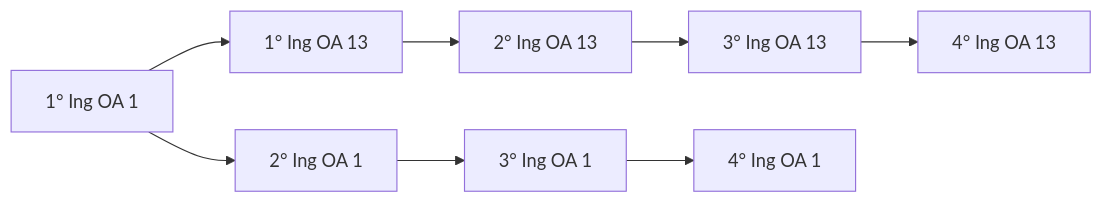
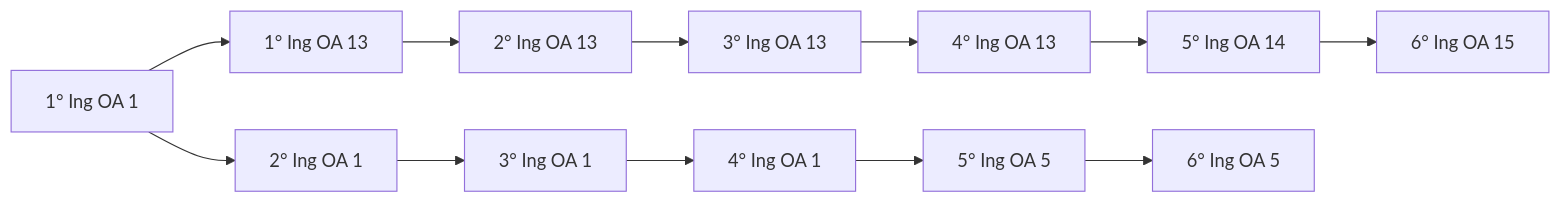
Before and after one commit to seanduarteu-cyber/PRODUCCION-PLAYMAKER: the fourth of 4 diagrams in expedicion-saber/docs/progresion.md, drawn with Mermaid. The commit also changed other lines of this file and 11 other files, not shown here.

````diff
--- a/expedicion-saber/docs/progresion.md
+++ b/expedicion-saber/docs/progresion.md
@@ -86,10 +96,14 @@
 ```mermaid
 flowchart LR
   1_basico_ingles_OA1["1° Ing OA 1"] --> 1_basico_ingles_OA13["1° Ing OA 13"]
   1_basico_ingles_OA1["1° Ing OA 1"] --> 2_basico_ingles_OA1["2° Ing OA 1"]
   1_basico_ingles_OA13["1° Ing OA 13"] --> 2_basico_ingles_OA13["2° Ing OA 13"]
   2_basico_ingles_OA1["2° Ing OA 1"] --> 3_basico_ingles_OA1["3° Ing OA 1"]
   2_basico_ingles_OA13["2° Ing OA 13"] --> 3_basico_ingles_OA13["3° Ing OA 13"]
   3_basico_ingles_OA1["3° Ing OA 1"] --> 4_basico_ingles_OA1["4° Ing OA 1"]
   3_basico_ingles_OA13["3° Ing OA 13"] --> 4_basico_ingles_OA13["4° Ing OA 13"]
+  4_basico_ingles_OA1["4° Ing OA 1"] --> 5_basico_ingles_OA5["5° Ing OA 5"]
+  4_basico_ingles_OA13["4° Ing OA 13"] --> 5_basico_ingles_OA14["5° Ing OA 14"]
+  5_basico_ingles_OA5["5° Ing OA 5"] --> 6_basico_ingles_OA5["6° Ing OA 5"]
+  5_basico_ingles_OA14["5° Ing OA 14"] --> 6_basico_ingles_OA15["6° Ing OA 15"]
 ```
````
